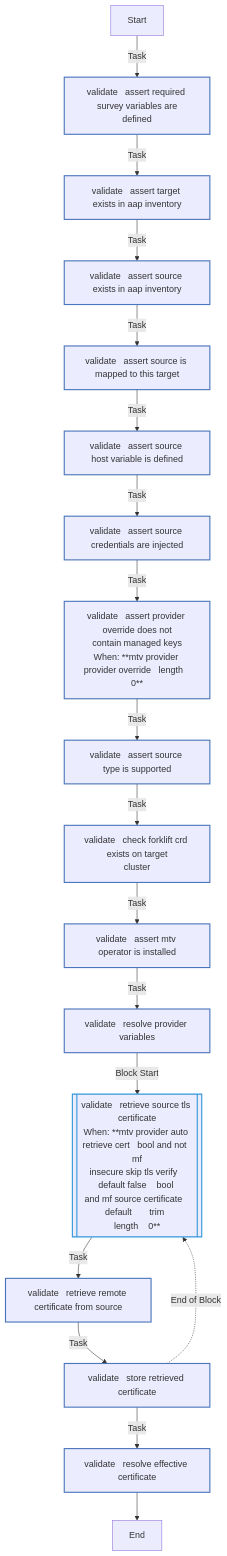
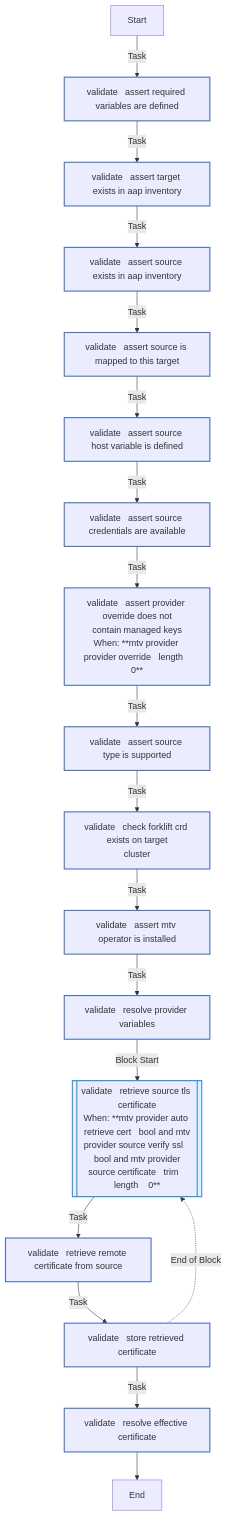
The fourth of 4 diagrams in roles/mtv_provider/README.md (redhat-cop/openshift_virtualization_migration), drawn with Mermaid before and after one commit. The commit also changed other lines of this file and 3 other files, not shown here.

````diff
--- a/roles/mtv_provider/README.md
+++ b/roles/mtv_provider/README.md
@@ -265,30 +302,30 @@
 ```mermaid
 flowchart TD
 Start
 classDef block stroke:#3498db,stroke-width:2px;
 classDef task stroke:#4b76bb,stroke-width:2px;
 classDef includeTasks stroke:#16a085,stroke-width:2px;
 classDef importTasks stroke:#34495e,stroke-width:2px;
 classDef includeRole stroke:#2980b9,stroke-width:2px;
 classDef importRole stroke:#699ba7,stroke-width:2px;
 classDef includeVars stroke:#8e44ad,stroke-width:2px;
 classDef rescue stroke:#665352,stroke-width:2px;
 
-  Start-->|Task| validate___Assert_required_survey_variables_are_defined0[validate   assert required survey variables are<br>defined]:::task
-  validate___Assert_required_survey_variables_are_defined0-->|Task| validate___Assert_target_exists_in_AAP_inventory1[validate   assert target exists in aap inventory]:::task
+  Start-->|Task| validate___Assert_required_variables_are_defined0[validate   assert required variables are defined]:::task
+  validate___Assert_required_variables_are_defined0-->|Task| validate___Assert_target_exists_in_AAP_inventory1[validate   assert target exists in aap inventory]:::task
   validate___Assert_target_exists_in_AAP_inventory1-->|Task| validate___Assert_source_exists_in_AAP_inventory2[validate   assert source exists in aap inventory]:::task
   validate___Assert_source_exists_in_AAP_inventory2-->|Task| validate___Assert_source_is_mapped_to_this_target3[validate   assert source is mapped to this target]:::task
   validate___Assert_source_is_mapped_to_this_target3-->|Task| validate___Assert_source_host_variable_is_defined4[validate   assert source host variable is defined]:::task
-  validate___Assert_source_host_variable_is_defined4-->|Task| validate___Assert_source_credentials_are_injected5[validate   assert source credentials are injected]:::task
-  validate___Assert_source_credentials_are_injected5-->|Task| validate___Assert_provider_override_does_not_contain_managed_keys6[validate   assert provider override does not<br>contain managed keys<br>When: **mtv provider provider override   length   0**]:::task
+  validate___Assert_source_host_variable_is_defined4-->|Task| validate___Assert_source_credentials_are_available5[validate   assert source credentials are available]:::task
+  validate___Assert_source_credentials_are_available5-->|Task| validate___Assert_provider_override_does_not_contain_managed_keys6[validate   assert provider override does not<br>contain managed keys<br>When: **mtv provider provider override   length   0**]:::task
   validate___Assert_provider_override_does_not_contain_managed_keys6-->|Task| validate___Assert_source_type_is_supported7[validate   assert source type is supported]:::task
   validate___Assert_source_type_is_supported7-->|Task| validate___Check_Forklift_CRD_exists_on_target_cluster8[validate   check forklift crd exists on target<br>cluster]:::task
   validate___Check_Forklift_CRD_exists_on_target_cluster8-->|Task| validate___Assert_MTV_operator_is_installed9[validate   assert mtv operator is installed]:::task
   validate___Assert_MTV_operator_is_installed9-->|Task| validate___Resolve_provider_variables10[validate   resolve provider variables]:::task
-  validate___Resolve_provider_variables10-->|Block Start| validate___Retrieve_source_TLS_certificate11_block_start_0[[validate   retrieve source tls certificate<br>When: **mtv provider auto retrieve cert   bool and not  mf<br>insecure skip tls verify   default false    bool <br>and mf source certificate   default       trim  <br>length    0**]]:::block
+  validate___Resolve_provider_variables10-->|Block Start| validate___Retrieve_source_TLS_certificate11_block_start_0[[validate   retrieve source tls certificate<br>When: **mtv provider auto retrieve cert   bool and mtv<br>provider source verify ssl   bool and mtv provider<br>source certificate   trim   length    0**]]:::block
   validate___Retrieve_source_TLS_certificate11_block_start_0-->|Task| validate___Retrieve_remote_certificate_from_source0[validate   retrieve remote certificate from source]:::task
   validate___Retrieve_remote_certificate_from_source0-->|Task| validate___Store_retrieved_certificate1[validate   store retrieved certificate]:::task
   validate___Store_retrieved_certificate1-.->|End of Block| validate___Retrieve_source_TLS_certificate11_block_start_0
   validate___Store_retrieved_certificate1-->|Task| validate___Resolve_effective_certificate12[validate   resolve effective certificate]:::task
   validate___Resolve_effective_certificate12-->End
 ```
````
